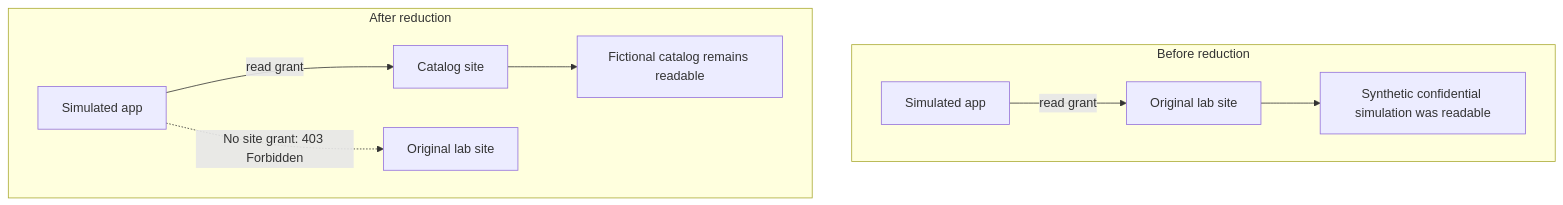
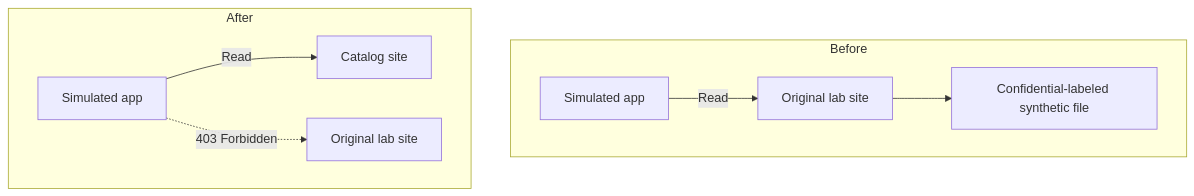
One commit to mahimakulkarnii/third-party-access-risk-lab changed the second of 2 diagrams in README.md. Above: the diagram before and after it, drawn with Mermaid. The commit also changed other lines of this file, not shown here.

````diff
--- a/README.md
+++ b/README.md
@@ -59,12 +42,11 @@
-~~~mermaid
-flowchart TD
-    subgraph BEFORE["Before reduction"]
-        B1["Simulated app"] -->|"read grant"| B2["Original lab site"]
-        B2 --> B3["Synthetic confidential simulation was readable"]
+```mermaid
+flowchart TB
+    subgraph Before
+        A[Simulated app] -->|Read| B[Original lab site]
+        B --> C[Confidential-labeled synthetic file]
     end
-    subgraph AFTER["After reduction"]
-        A1["Simulated app"] -->|"read grant"| A2["Catalog site"]
-        A2 --> A3["Fictional catalog remains readable"]
-        A1 -.->|"No site grant: 403 Forbidden"| A4["Original lab site"]
+    subgraph After
+        D[Simulated app] -->|Read| E[Catalog site]
+        D -.->|403 Forbidden| F[Original lab site]
     end
-~~~
+```
````
